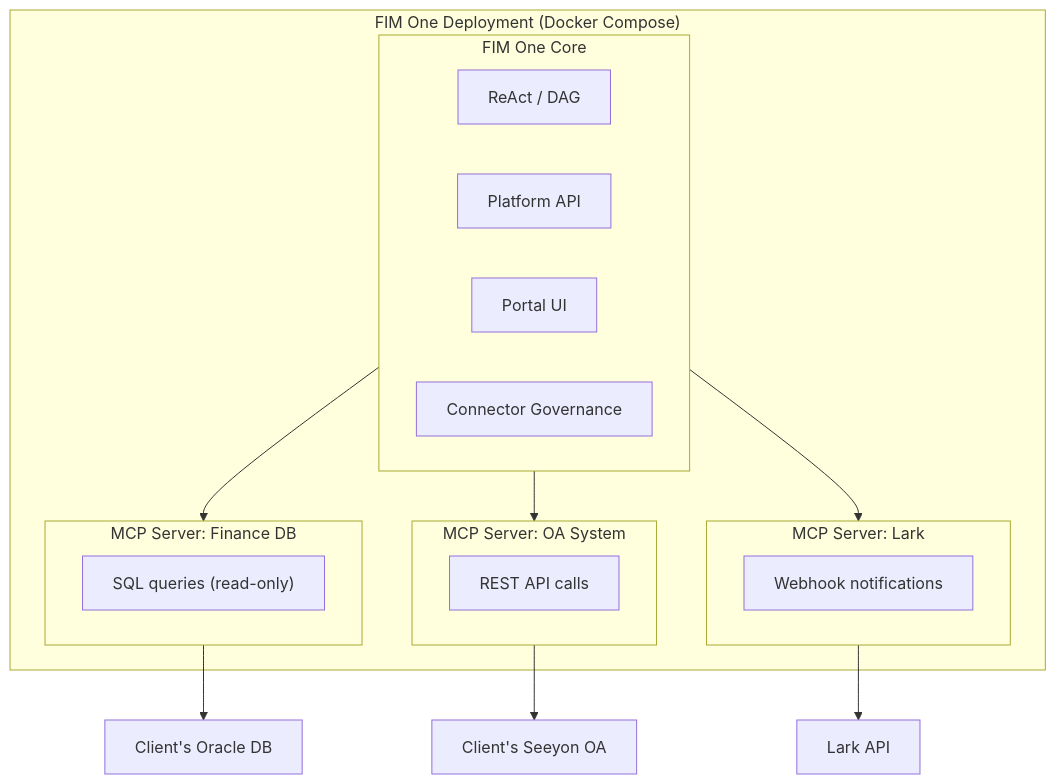
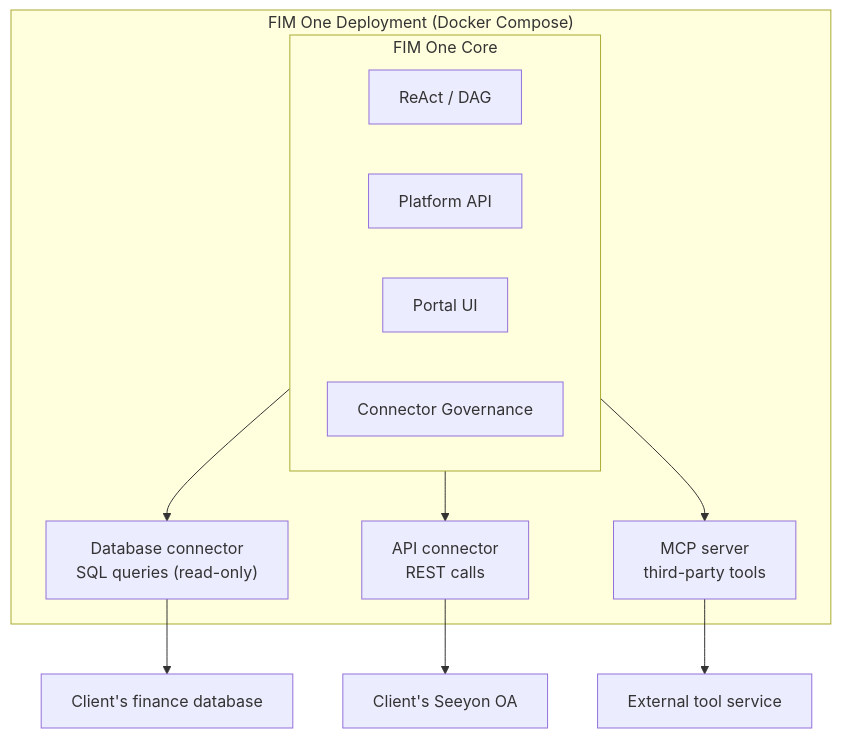
The third of 5 diagrams in docs/architecture/connector-architecture.mdx (fim-ai/fim-one), drawn with Mermaid before and after one commit. The commit also changed other lines of this file and 12 other files, not shown here.

````diff
--- a/docs/architecture/connector-architecture.mdx
+++ b/docs/architecture/connector-architecture.mdx
@@ -119,31 +116,23 @@
 ```mermaid
 flowchart TD
     subgraph Docker["FIM One Deployment (Docker Compose)"]
         subgraph Core["FIM One Core"]
             R["ReAct / DAG"]
             P["Platform API"]
             U["Portal UI"]
             G["Connector Governance"]
         end
 
-        subgraph MCP1["MCP Server: Finance DB"]
-            M1["SQL queries (read-only)"]
-        end
+        A1["Database connector<br/>SQL queries (read-only)"]
+        A2["API connector<br/>REST calls"]
+        A3["MCP server<br/>third-party tools"]
 
-        subgraph MCP2["MCP Server: OA System"]
-            M2["REST API calls"]
-        end
-
-        subgraph MCP3["MCP Server: Lark"]
-            M3["Webhook notifications"]
-        end
-
-        Core --> MCP1
-        Core --> MCP2
-        Core --> MCP3
+        Core --> A1
+        Core --> A2
+        Core --> A3
     end
 
-    MCP1 --> Oracle["Client's Oracle DB"]
-    MCP2 --> Seeyon["Client's Seeyon OA"]
-    MCP3 --> Lark["Lark API"]
+    A1 --> PG["Client's finance database"]
+    A2 --> Seeyon["Client's Seeyon OA"]
+    A3 --> Ext["External tool service"]
 ```
````
